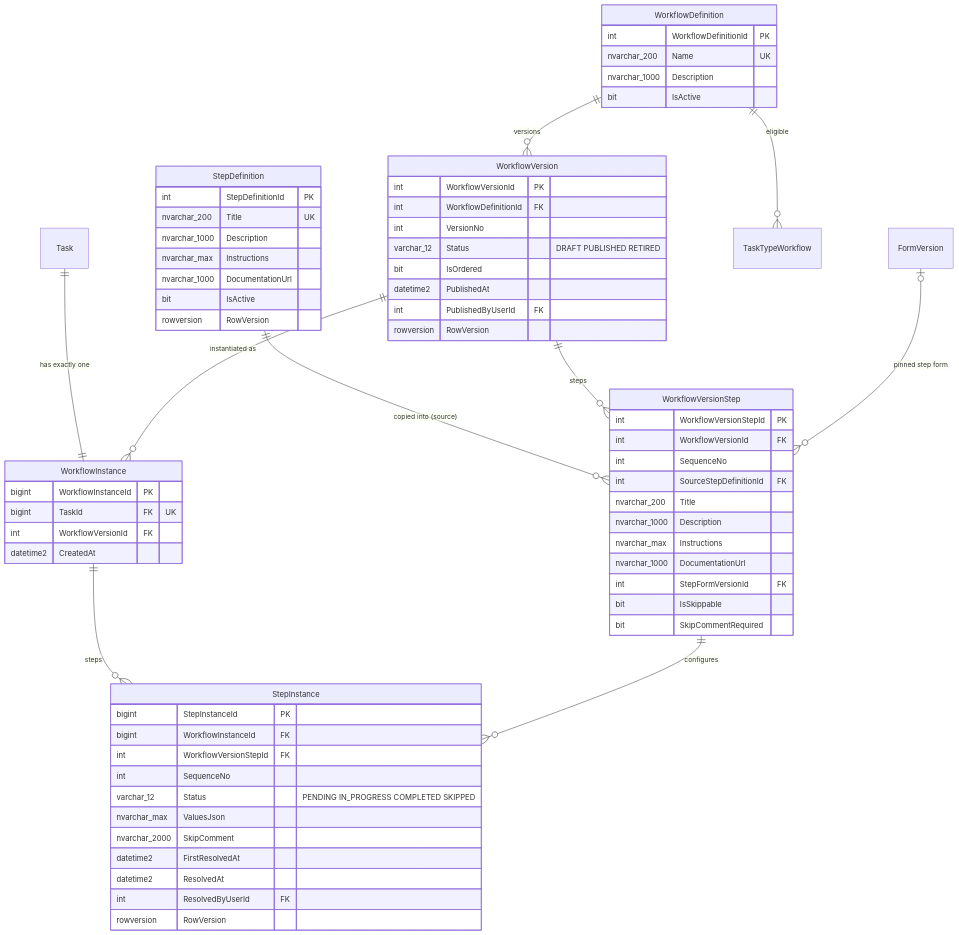
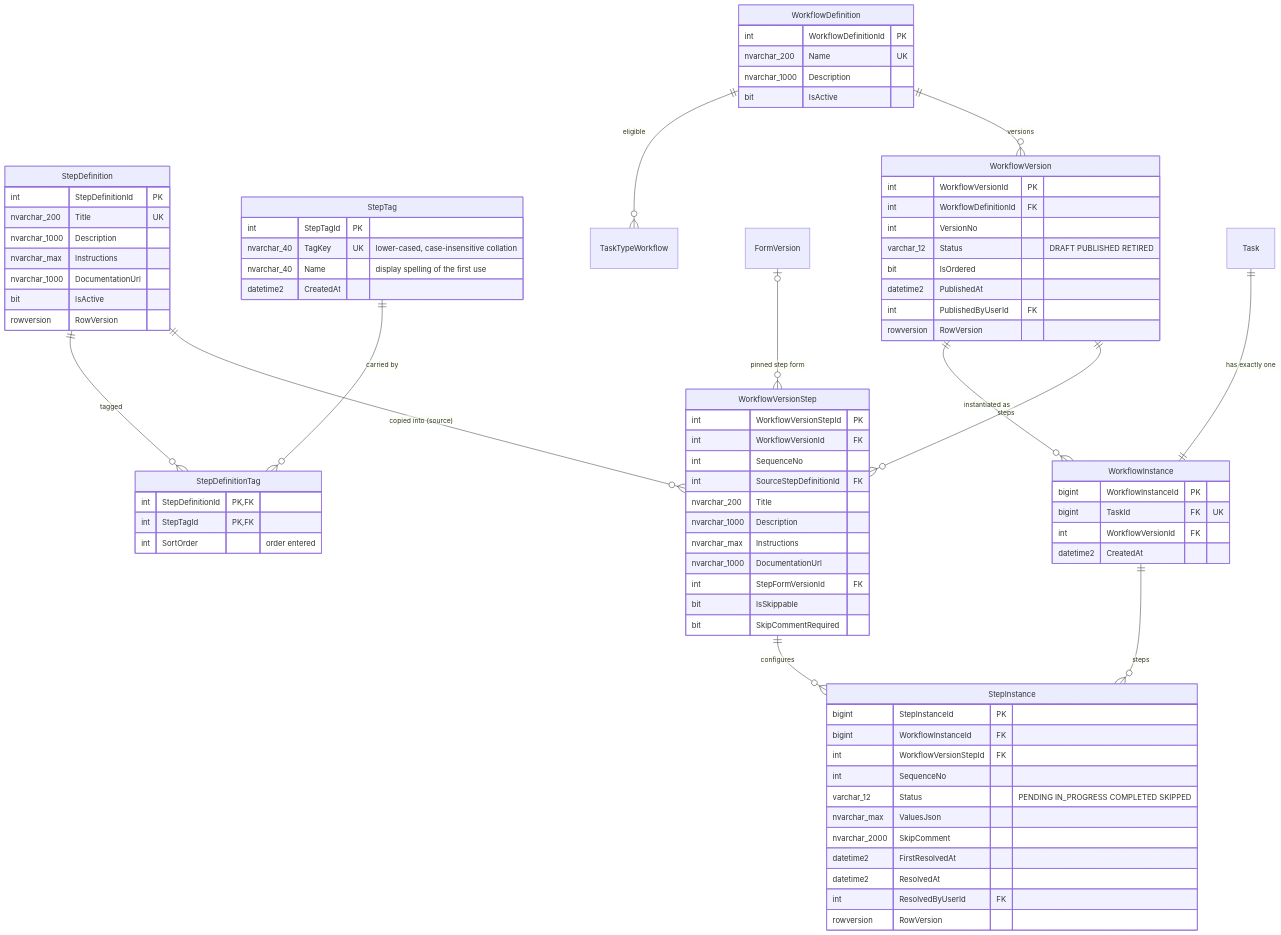
Before and after one commit to dent-ist/MatterFlow: the sixth of 7 diagrams in docs/erd.md, drawn with Mermaid. The commit also changed other lines of this file and 15 other files, not shown here.

First line of the commit message:
Step tags backend: dbo.StepTag and StepDefinitionTag (script 22), tags on step create/update/read, tag filter and suggestions endpoints, audit, seed tags, docs

````diff
--- a/docs/erd.md
+++ b/docs/erd.md
@@ -576,6 +576,8 @@
 ```mermaid
 erDiagram
   StepDefinition ||--o{ WorkflowVersionStep : "copied into (source)"
+  StepDefinition ||--o{ StepDefinitionTag : "tagged"
+  StepTag ||--o{ StepDefinitionTag : "carried by"
   WorkflowDefinition ||--o{ WorkflowVersion : "versions"
   WorkflowVersion ||--o{ WorkflowVersionStep : "steps"
   FormVersion |o--o{ WorkflowVersionStep : "pinned step form"
@@ -593,6 +595,17 @@
     nvarchar_1000 DocumentationUrl
     bit IsActive
     rowversion RowVersion
+  }
+  StepTag {
+    int StepTagId PK
+    nvarchar_40 TagKey UK "lower-cased, case-insensitive collation"
+    nvarchar_40 Name "display spelling of the first use"
+    datetime2 CreatedAt
+  }
+  StepDefinitionTag {
+    int StepDefinitionId PK,FK
+    int StepTagId PK,FK
+    int SortOrder "order entered"
   }
   WorkflowDefinition {
     int WorkflowDefinitionId PK
````
